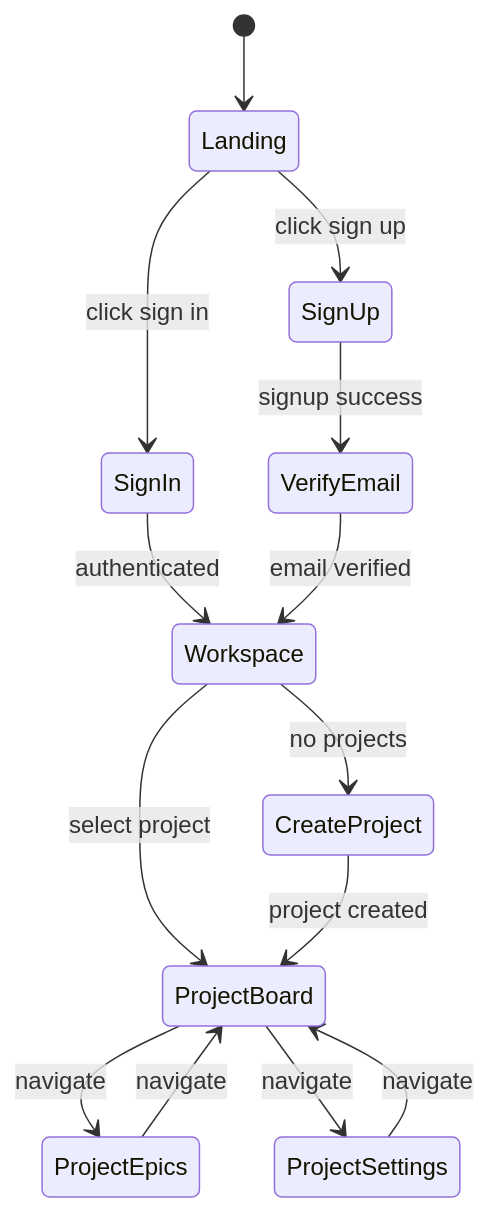
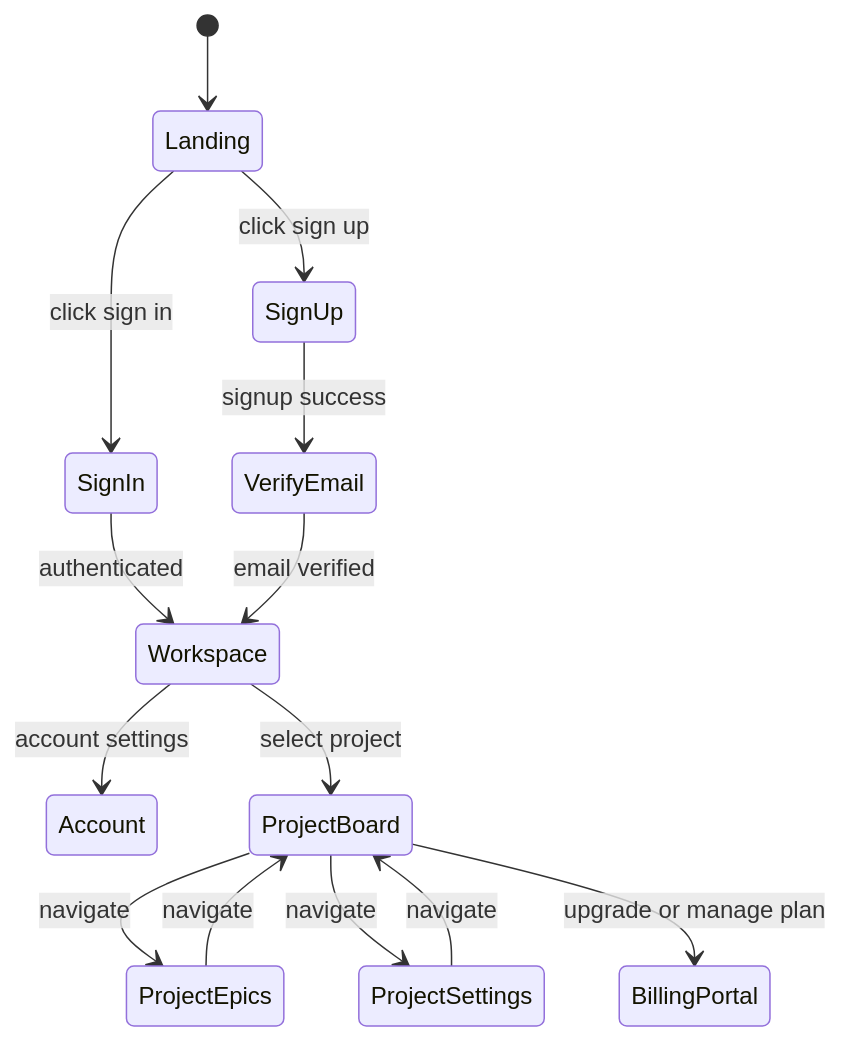
The first of 2 diagrams in docs/architecture/user-flows.md (mc6ril/workbench), drawn with Mermaid before and after one commit. The commit also changed other lines of this file and 19 other files, not shown here.

````diff
--- a/docs/architecture/user-flows.md
+++ b/docs/architecture/user-flows.md
@@ -27,19 +32,19 @@
 ```mermaid
 stateDiagram-v2
    [*] --> Landing
    Landing --> SignIn: click sign in
    Landing --> SignUp: click sign up
 
    SignIn --> Workspace: authenticated
    SignUp --> VerifyEmail: signup success
    VerifyEmail --> Workspace: email verified
 
-   Workspace --> CreateProject: no projects
+   Workspace --> Account: account settings
    Workspace --> ProjectBoard: select project
-   CreateProject --> ProjectBoard: project created
 
    ProjectBoard --> ProjectEpics: navigate
    ProjectBoard --> ProjectSettings: navigate
+   ProjectBoard --> BillingPortal: upgrade or manage plan
    ProjectEpics --> ProjectBoard: navigate
    ProjectSettings --> ProjectBoard: navigate
 ```
````
